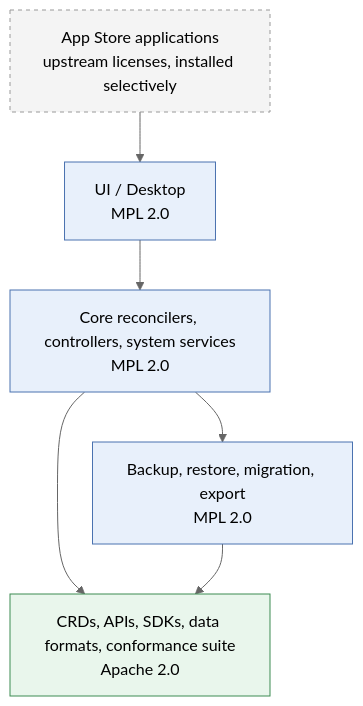
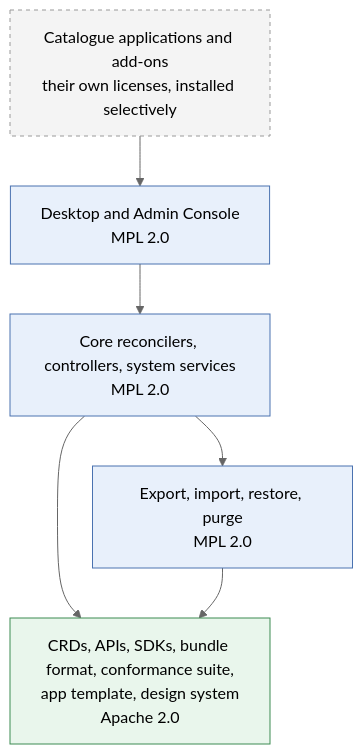
One commit to gentian-org/gentian-os changed the first of 3 diagrams in docs/plans/licensing.md. Above: the diagram before and after it, drawn with Mermaid. The commit also changed other lines of this file, not shown here.

````diff
--- a/docs/plans/licensing.md
+++ b/docs/plans/licensing.md
@@ -15,21 +15,21 @@
 ```mermaid
 %%{init: {'theme': 'neutral'}}%%
 flowchart TB
-    APPS["App Store applications<br/>upstream licenses, installed selectively"]
-    UI["UI / Desktop<br/>MPL 2.0"]
+    APPS["Catalogue applications and add-ons<br/>their own licenses, installed selectively"]
+    UI["Desktop and Admin Console<br/>MPL 2.0"]
     CORE["Core reconcilers, controllers, system services<br/>MPL 2.0"]
-    EXIT["Backup, restore, migration, export<br/>MPL 2.0"]
-    API["CRDs, APIs, SDKs, data formats, conformance suite<br/>Apache 2.0"]
+    EXIT["Export, import, restore, purge<br/>MPL 2.0"]
+    API["CRDs, APIs, SDKs, bundle format, conformance suite,<br/>app template, design system<br/>Apache 2.0"]
 
     APPS --> UI
     UI --> CORE
     CORE --> EXIT
     CORE --> API
     EXIT --> API
 
     style APPS fill:#f4f4f4,stroke:#999,stroke-dasharray: 4 4
     style UI fill:#e8f0fb,stroke:#4a72b0
     style CORE fill:#e8f0fb,stroke:#4a72b0
     style EXIT fill:#e8f0fb,stroke:#4a72b0
     style API fill:#e9f6ec,stroke:#3d8b52
 ```
````
